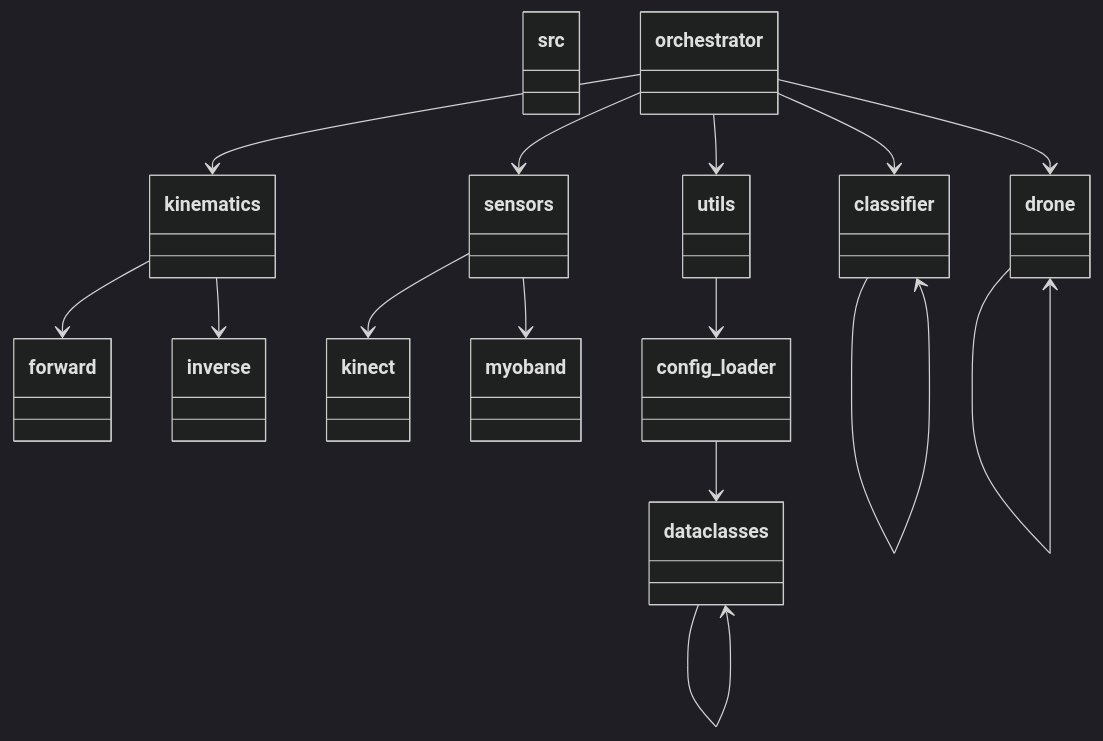
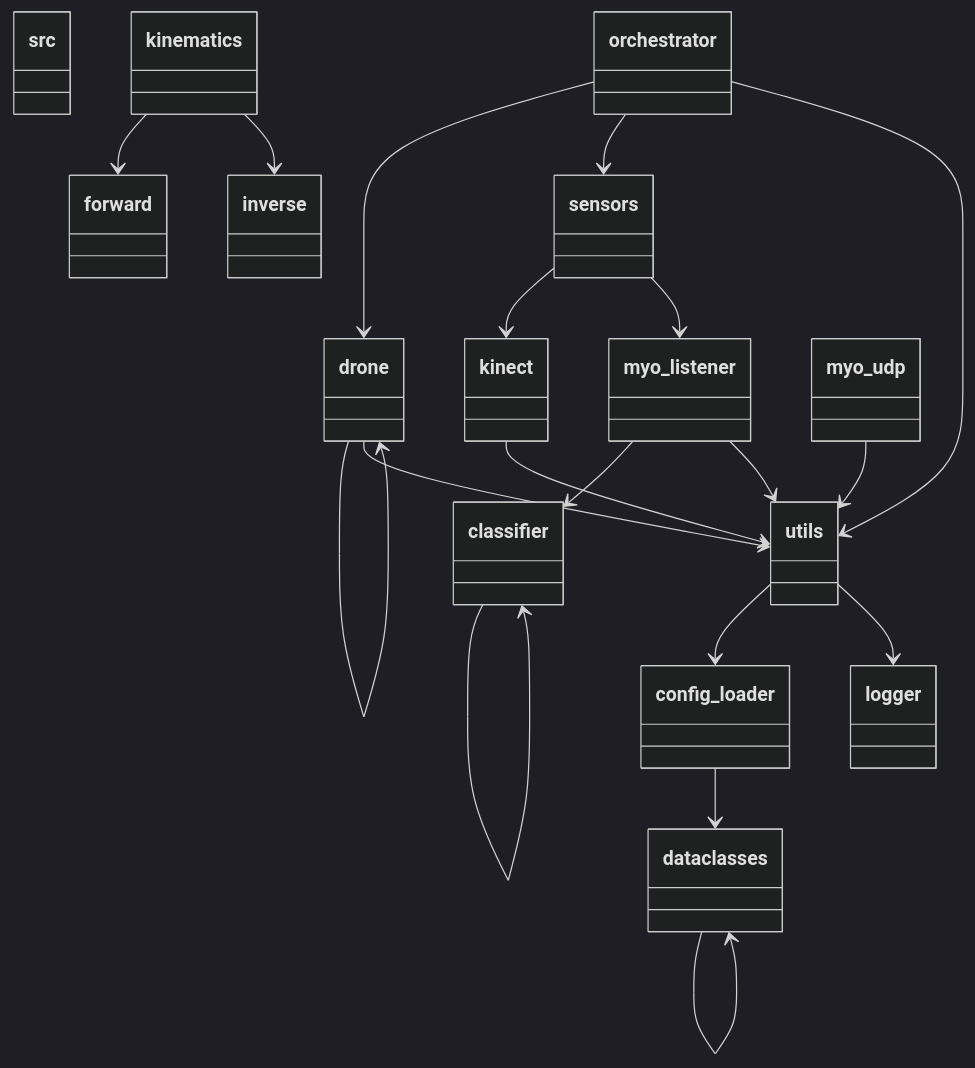
The diagram in packages.mmd (slesser6/myobotanica), drawn with Mermaid (dark theme) before and after one commit. The commit also changed 1 other file, not shown here.

Commit message:
update diagrams

```diff
--- a/packages.mmd
+++ b/packages.mmd
@@ -1,45 +1,53 @@
 classDiagram
   class src {
   }
   class classifier {
   }
   class classifier {
   }
   class drone {
   }
   class drone {
   }
   class kinematics {
   }
   class forward {
   }
   class inverse {
   }
   class orchestrator {
   }
   class sensors {
   }
   class kinect {
   }
-  class myoband {
+  class myo_listener {
+  }
+  class myo_udp {
   }
   class utils {
   }
   class config_loader {
   }
   class dataclasses {
   }
+  class logger {
+  }
   classifier --> classifier
   drone --> drone
+  drone --> utils
   kinematics --> forward
   kinematics --> inverse
-  orchestrator --> classifier
   orchestrator --> drone
-  orchestrator --> kinematics
   orchestrator --> sensors
   orchestrator --> utils
   sensors --> kinect
-  sensors --> myoband
+  sensors --> myo_listener
+  kinect --> utils
+  myo_listener --> classifier
+  myo_listener --> utils
+  myo_udp --> utils
   utils --> config_loader
+  utils --> logger
   config_loader --> dataclasses
   dataclasses --> dataclasses
```
